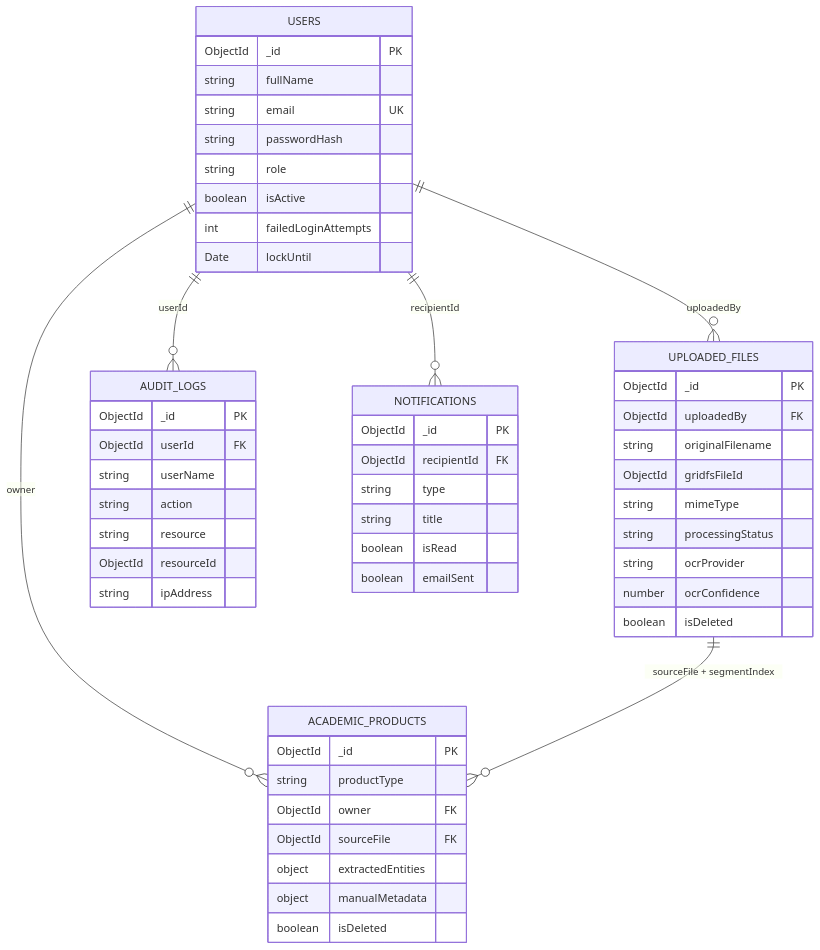
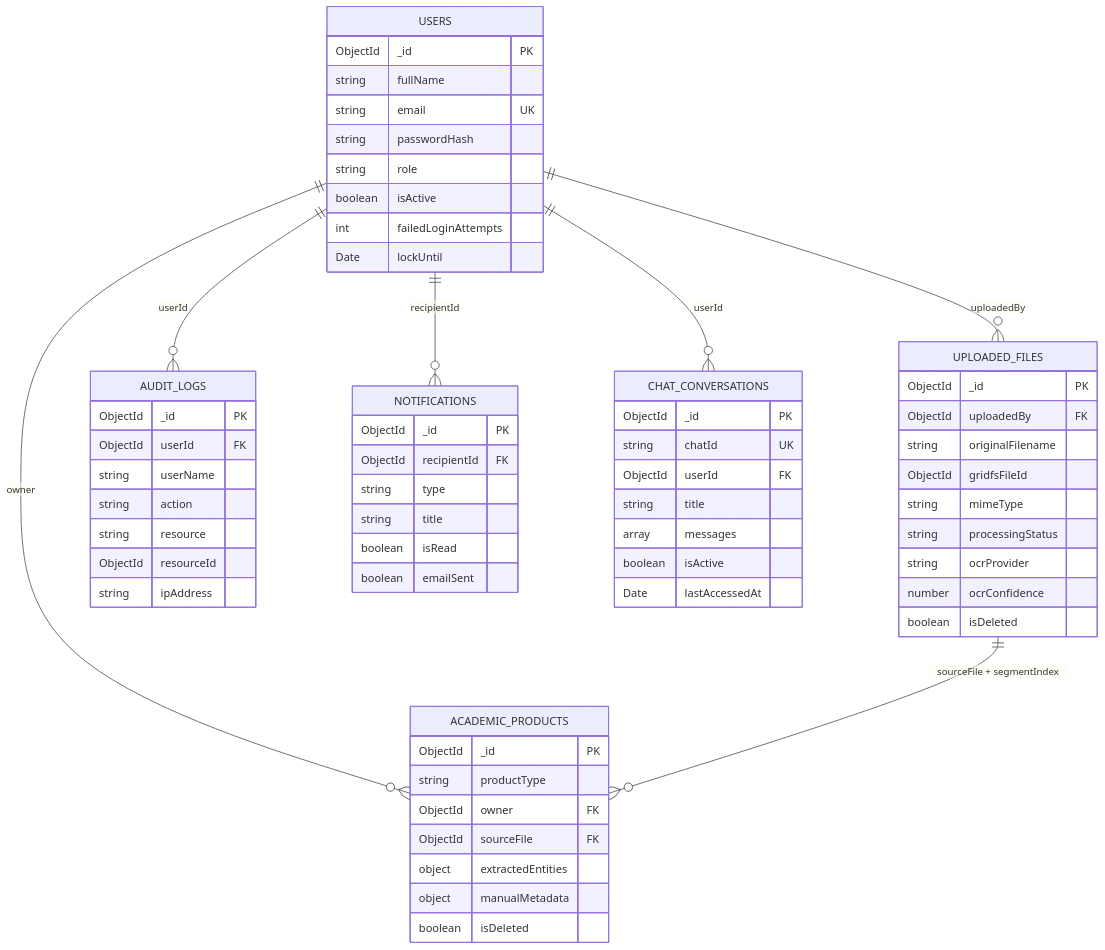
One commit to KarloZ7715/SIPAc changed the diagram in docs/analisis-diseno/documentacion/04-modelo-datos.md. Above: the diagram before and after it, drawn with Mermaid. The commit also changed other lines of this file and 3 other files, not shown here.

````diff
--- a/docs/analisis-diseno/documentacion/04-modelo-datos.md
+++ b/docs/analisis-diseno/documentacion/04-modelo-datos.md
@@ -1078,60 +1158,71 @@
 ```mermaid
 erDiagram
     USERS {
         ObjectId _id PK
         string fullName
         string email UK
         string passwordHash
         string role
         boolean isActive
         int failedLoginAttempts
         Date lockUntil
     }
 
     UPLOADED_FILES {
         ObjectId _id PK
         ObjectId uploadedBy FK
         string originalFilename
         ObjectId gridfsFileId
         string mimeType
         string processingStatus
         string ocrProvider
         number ocrConfidence
         boolean isDeleted
     }
 
     ACADEMIC_PRODUCTS {
         ObjectId _id PK
         string productType
         ObjectId owner FK
         ObjectId sourceFile FK
         object extractedEntities
         object manualMetadata
         boolean isDeleted
     }
 
     AUDIT_LOGS {
         ObjectId _id PK
         ObjectId userId FK
         string userName
         string action
         string resource
         ObjectId resourceId
         string ipAddress
     }
 
     NOTIFICATIONS {
         ObjectId _id PK
         ObjectId recipientId FK
         string type
         string title
         boolean isRead
         boolean emailSent
     }
 
+    CHAT_CONVERSATIONS {
+        ObjectId _id PK
+        string chatId UK
+        ObjectId userId FK
+        string title
+        array messages
+        boolean isActive
+        Date lastAccessedAt
+    }
+
     USERS ||--o{ UPLOADED_FILES : "uploadedBy"
     USERS ||--o{ ACADEMIC_PRODUCTS : "owner"
     USERS ||--o{ AUDIT_LOGS : "userId"
     USERS ||--o{ NOTIFICATIONS : "recipientId"
+    USERS ||--o{ CHAT_CONVERSATIONS : "userId"
     UPLOADED_FILES ||--o{ ACADEMIC_PRODUCTS : "sourceFile + segmentIndex"
 ```
````
